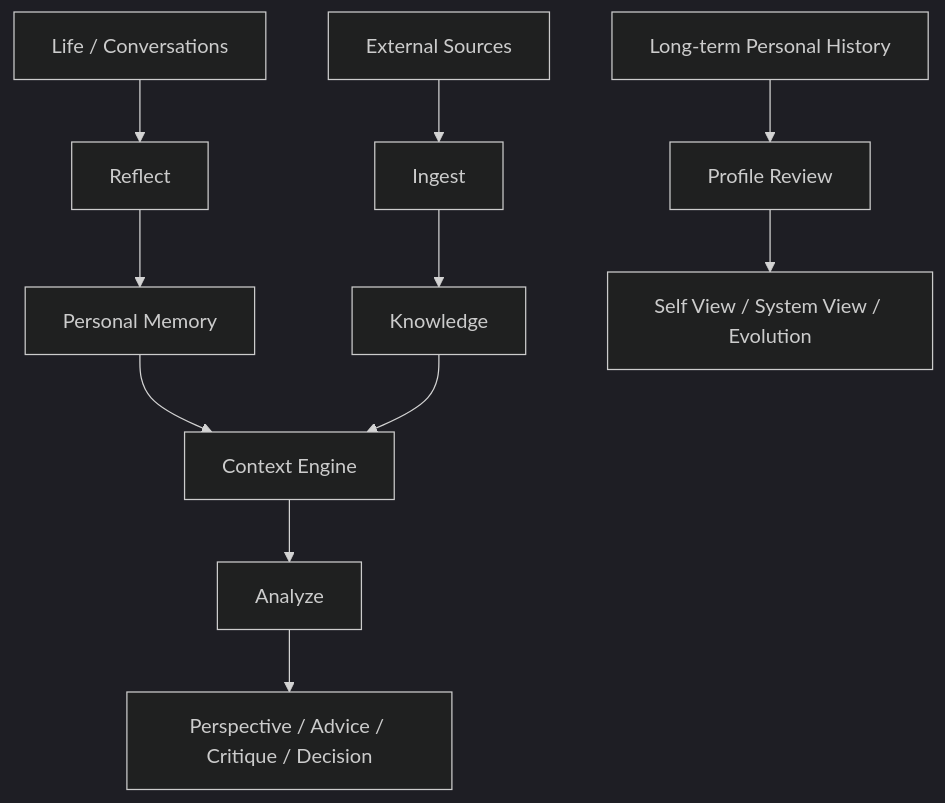
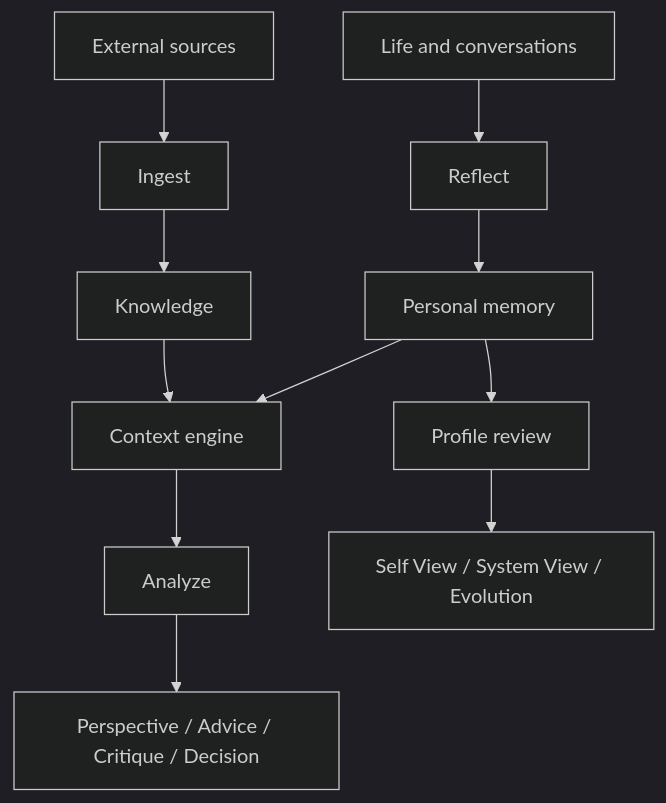
One commit to Iuanin666/personal-reasoning-os changed the diagram in README.md. Above: the diagram before and after it, drawn with Mermaid (dark theme). The commit also changed other lines of this file and 1 other file, not shown here.

````diff
--- a/README.md
+++ b/README.md
@@ -20,13 +75,16 @@
 ```mermaid
 flowchart TD
-    A[Life / Conversations] --> B[Reflect]
-    B --> C[Personal Memory]
-    D[External Sources] --> E[Ingest]
+    A[Life and conversations] --> B[Reflect]
+    B --> C[Personal memory]
+
+    D[External sources] --> E[Ingest]
     E --> F[Knowledge]
-    C --> G[Context Engine]
+
+    C --> G[Context engine]
     F --> G
     G --> H[Analyze]
     H --> I[Perspective / Advice / Critique / Decision]
-    J[Long-term Personal History] --> K[Profile Review]
-    K --> L[Self View / System View / Evolution]
+
+    C --> J[Profile review]
+    J --> K[Self View / System View / Evolution]
 ```
````
